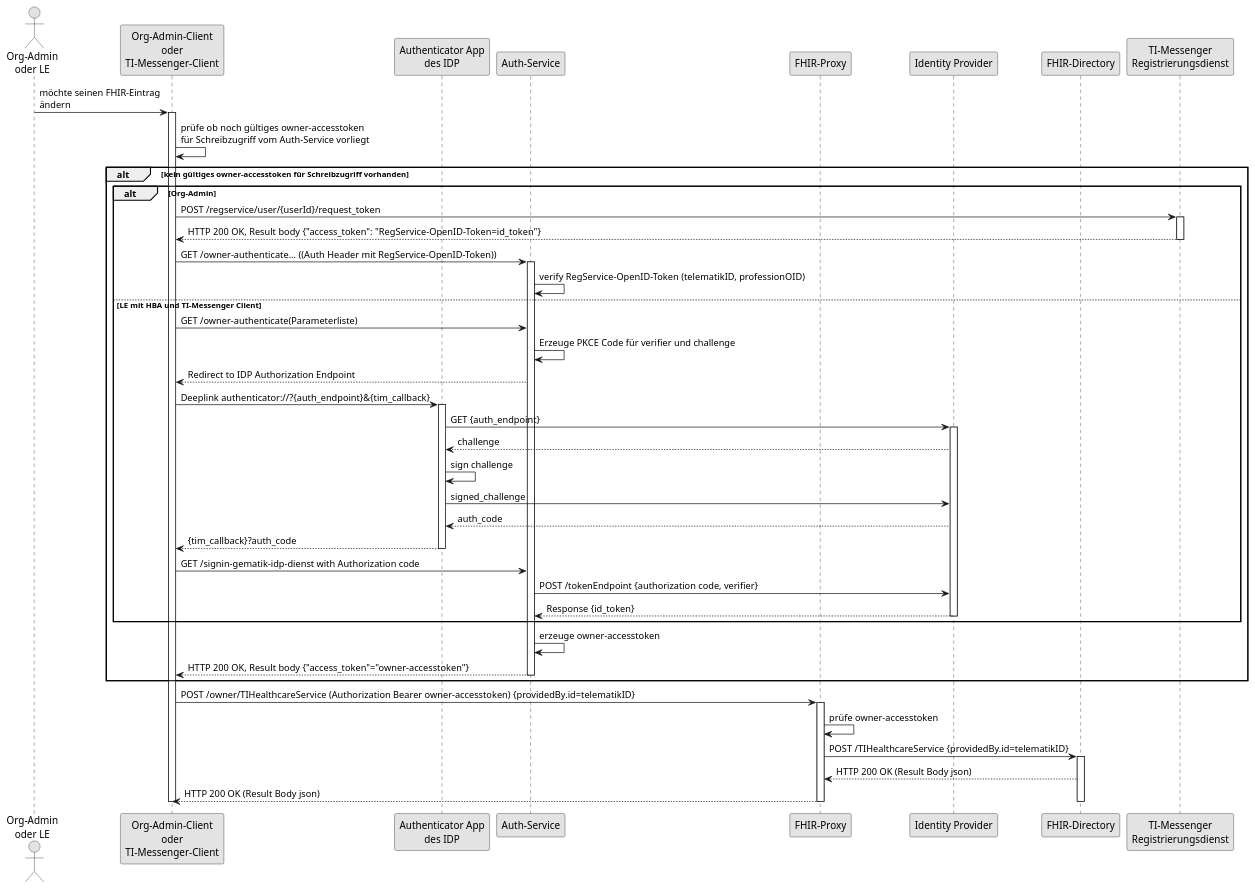
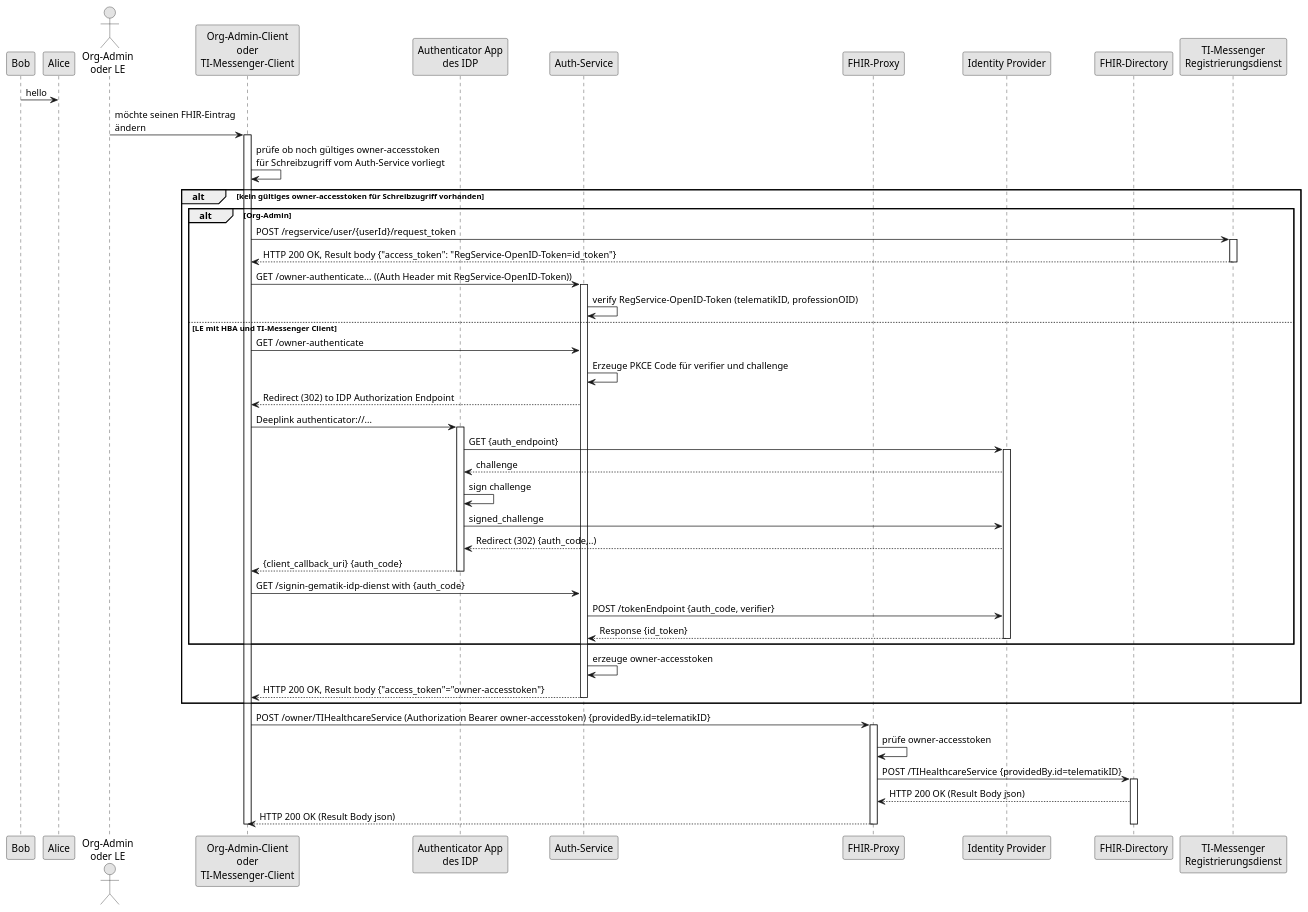
One commit to gematik/api-vzd changed the diagram in src/plantuml/SequenceDiagram.FHIR-Directory.owner.puml. Above: the diagram before and after it, drawn with PlantUML.

Commit message:
Update according 2023-03-23 Follow Up Owner Auth am VZD
Update according agreement https://wiki.gematik.de/display/PTNEO/2023-03-23+Follow+Up+Owner+Auth+am+VZD

```diff
--- a/src/plantuml/SequenceDiagram.FHIR-Directory.owner.puml
+++ b/src/plantuml/SequenceDiagram.FHIR-Directory.owner.puml
@@ -1,63 +1,65 @@
-@startuml FHIR-Directory, Sequenzdiagram Änderung von eigenen -Einträgen
+@startuml
+Bob -> Alice : hello
+
 skinparam dpi 100
 skinparam WrapWidth 200
 skinparam monochrome true
 
 'title "FHIR-Directory, Sequenzdiagram Änderung von eigenen Einträgen'
 actor o as "Org-Admin\noder LE"
 participant cl as "Org-Admin-Client\noder\nTI-Messenger-Client"
 participant aa as "Authenticator App\ndes IDP"
 participant au as "Auth-Service"
 participant fp as "FHIR-Proxy"
 participant idp as "Identity Provider"
 participant fd as "FHIR-Directory"
 participant rd as "TI-Messenger\nRegistrierungsdienst"
 o -> cl: möchte seinen FHIR-Eintrag\nändern
 activate cl
 cl -> cl: prüfe ob noch gültiges owner-accesstoken\nfür Schreibzugriff vom Auth-Service vorliegt
 alt kein gültiges owner-accesstoken für Schreibzugriff vorhanden
 alt Org-Admin
 cl -> rd: POST /regservice/user/{userId}/request_token
 activate rd
 rd --> cl: HTTP 200 OK, Result body {"access_token": "RegService-OpenID-Token=id_token"}
 deactivate rd
 cl -> au: GET /owner-authenticate... ((Auth Header mit RegService-OpenID-Token))
 activate au
 au -> au: verify RegService-OpenID-Token (telematikID, professionOID)
 else LE mit HBA und TI-Messenger Client
-cl -> au: GET /owner-authenticate(Parameterliste)
+cl -> au: GET /owner-authenticate
 au -> au: Erzeuge PKCE Code für verifier und challenge
-au --> cl: Redirect to IDP Authorization Endpoint
-cl -> aa: Deeplink authenticator://?{auth_endpoint}&{tim_callback}
+au --> cl: Redirect (302) to IDP Authorization Endpoint
+cl -> aa: Deeplink authenticator://...
 activate aa
 
 aa -> idp: GET {auth_endpoint}
 activate idp
 idp --> aa: challenge
 aa -> aa: sign challenge
 aa-> idp: signed_challenge
-idp --> aa: auth_code
-aa --> cl: {tim_callback}?auth_code
+idp --> aa: Redirect (302) {auth_code,..)
+aa --> cl: {client_callback_uri} {auth_code}
 deactivate aa
 
-cl -> au: GET /signin-gematik-idp-dienst with Authorization code
-au -> idp: POST /tokenEndpoint {authorization code, verifier}
+cl -> au: GET /signin-gematik-idp-dienst with {auth_code}
+au -> idp: POST /tokenEndpoint {auth_code, verifier}
 idp --> au: Response {id_token}
 
 deactivate idp
 end
 au -> au: erzeuge owner-accesstoken
 au --> cl: HTTP 200 OK, Result body {"access_token"="owner-accesstoken"}
 deactivate au
 end
 cl -> fp: POST /owner/TIHealthcareService (Authorization Bearer owner-accesstoken) {providedBy.id=telematikID}
 activate fp
 fp -> fp: prüfe owner-accesstoken
 fp -> fd: POST /TIHealthcareService {providedBy.id=telematikID}
 activate fd
 fd --> fp: HTTP 200 OK (Result Body json)
 fp --> cl: HTTP 200 OK (Result Body json)
 deactivate fd
 deactivate fp
 deactivate cl
 @enduml
```
